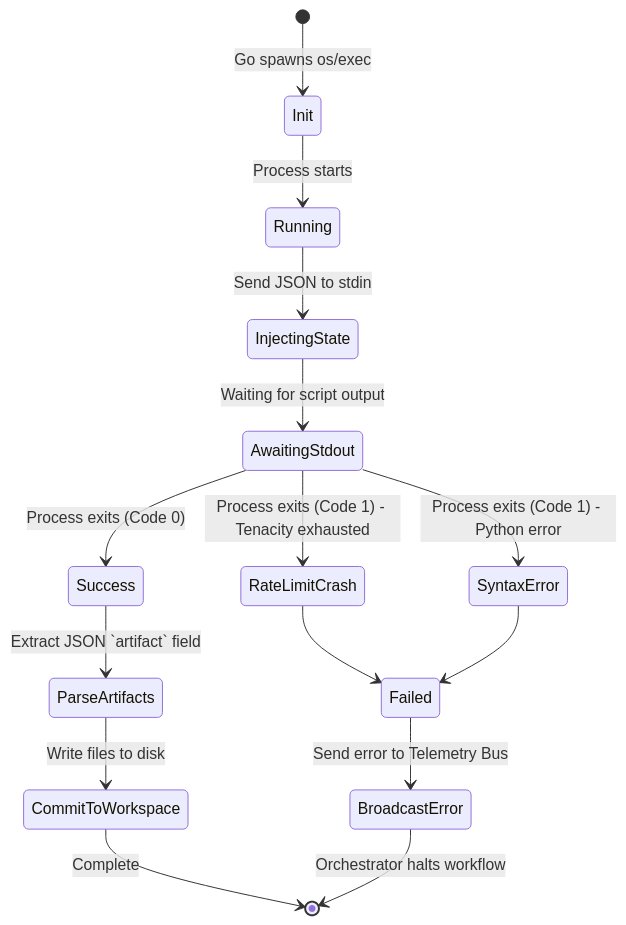
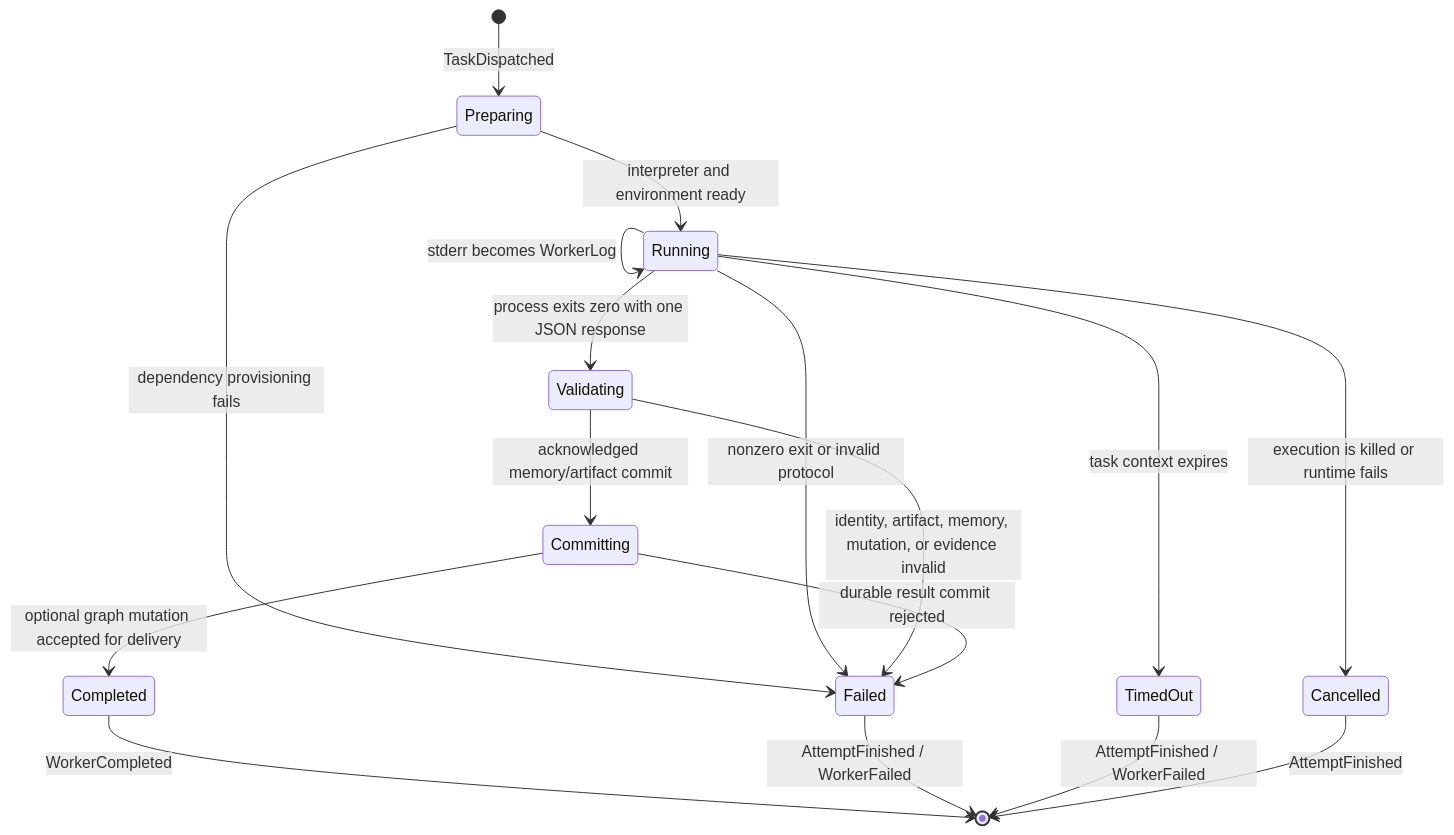
One commit to ManasN9401/Reticle changed the diagram in docs/diagrams/runtime/subprocess_lifecycle_state_machine.md. Above: the diagram before and after it, drawn with Mermaid. The commit also changed other lines of this file and 52 other files, not shown here.

````diff
--- a/docs/diagrams/runtime/subprocess_lifecycle_state_machine.md
+++ b/docs/diagrams/runtime/subprocess_lifecycle_state_machine.md
@@ -5,22 +9,19 @@
 ```mermaid
 stateDiagram-v2
-    [*] --> Init: Go spawns os/exec
-    
-    Init --> Running: Process starts
-    Running --> InjectingState: Send JSON to stdin
-    InjectingState --> AwaitingStdout: Waiting for script output
-    
-    AwaitingStdout --> Success: Process exits (Code 0)
-    AwaitingStdout --> RateLimitCrash: Process exits (Code 1) - Tenacity exhausted
-    AwaitingStdout --> SyntaxError: Process exits (Code 1) - Python error
-    
-    RateLimitCrash --> Failed
-    SyntaxError --> Failed
-    
-    Success --> ParseArtifacts: Extract JSON `artifact` field
-    ParseArtifacts --> CommitToWorkspace: Write files to disk
-    CommitToWorkspace --> [*]: Complete
-    
-    Failed --> BroadcastError: Send error to Telemetry Bus
-    BroadcastError --> [*]: Orchestrator halts workflow
+    [*] --> Preparing: TaskDispatched
+    Preparing --> Failed: dependency provisioning fails
+    Preparing --> Running: interpreter and environment ready
+    Running --> Running: stderr becomes WorkerLog
+    Running --> TimedOut: task context expires
+    Running --> Cancelled: execution is killed or runtime fails
+    Running --> Failed: nonzero exit or invalid protocol
+    Running --> Validating: process exits zero with one JSON response
+    Validating --> Failed: identity, artifact, memory, mutation, or evidence invalid
+    Validating --> Committing: acknowledged memory/artifact commit
+    Committing --> Failed: durable result commit rejected
+    Committing --> Completed: optional graph mutation accepted for delivery
+    Completed --> [*]: WorkerCompleted
+    Failed --> [*]: AttemptFinished / WorkerFailed
+    TimedOut --> [*]: AttemptFinished / WorkerFailed
+    Cancelled --> [*]: AttemptFinished
 ```
````
